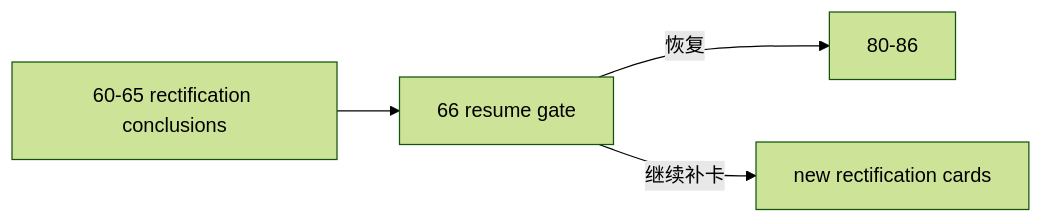
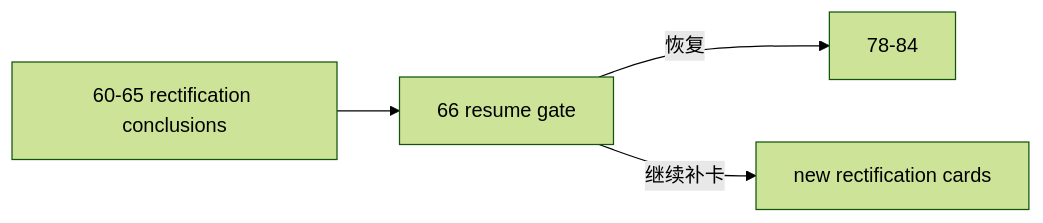
One commit to everything-is-simple/lifespan-0.01 changed the diagram in docs/03-execution/66-mainline-rectification-resume-gate-card-20260415.md. Above: the diagram before and after it, drawn with Mermaid (forest theme). The commit also changed other lines of this file and 86 other files, not shown here.

````diff
--- a/docs/03-execution/66-mainline-rectification-resume-gate-card-20260415.md
+++ b/docs/03-execution/66-mainline-rectification-resume-gate-card-20260415.md
@@ -54,6 +54,6 @@
 ```mermaid
 flowchart LR
     C60["60-65 rectification conclusions"] --> G66["66 resume gate"]
-    G66 -->|恢复| C80["80-86"]
+    G66 -->|恢复| C80["78-84"]
     G66 -->|继续补卡| FIX["new rectification cards"]
 ```
````
